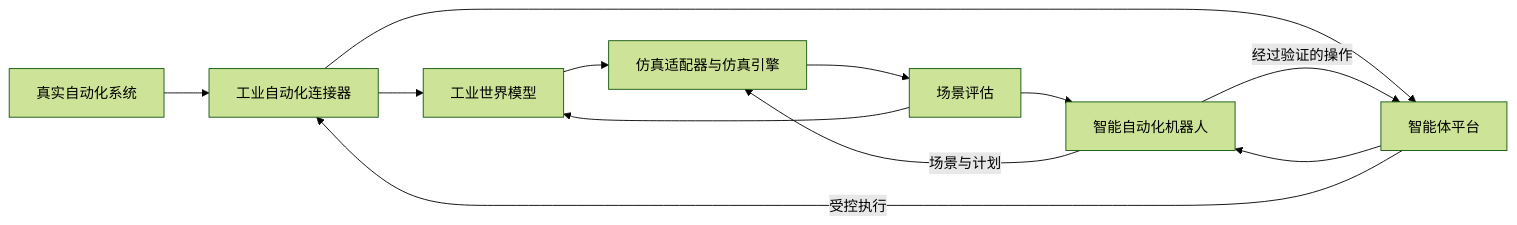
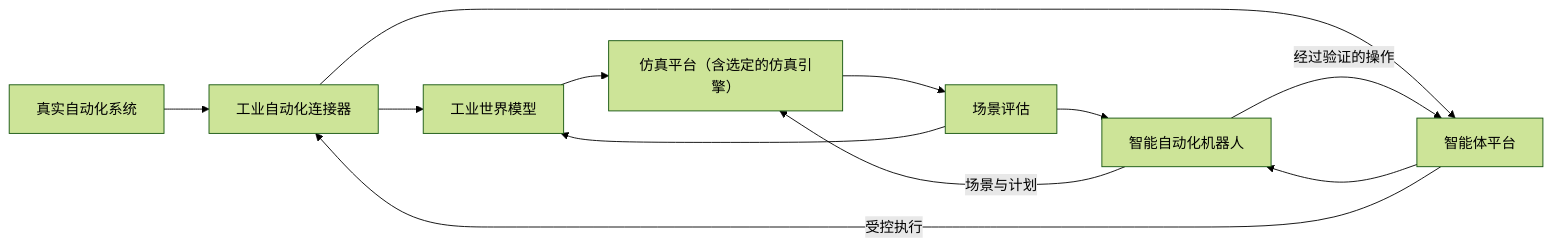
One commit to simulator-bot/.github changed the diagram in README.zh-CN.md. Above: the diagram before and after it, drawn with Mermaid (forest theme). The commit also changed other lines of this file and 1 other file, not shown here.

````diff
--- a/README.zh-CN.md
+++ b/README.zh-CN.md
@@ -19,14 +19,14 @@
 ```mermaid
 flowchart LR
     R[真实自动化系统] --> C[工业自动化连接器]
     C --> W[工业世界模型]
     C --> P[智能体平台]
     P --> A[智能自动化机器人]
-    W --> S[仿真适配器与仿真引擎]
+    W --> S[仿真平台（含选定的仿真引擎）]
     A -->|场景与计划| S
     S --> E[场景评估]
     E --> A
     E --> W
     A -->|经过验证的操作| P
     P -->|受控执行| C
 ```
````
